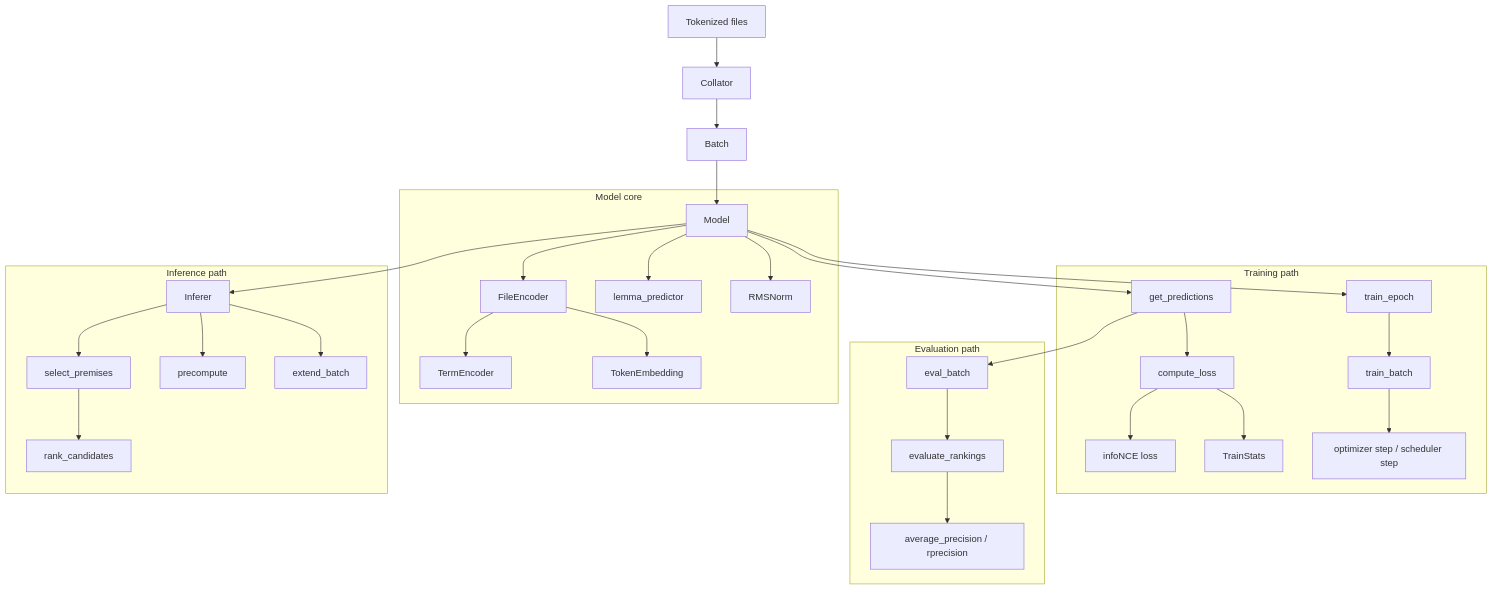
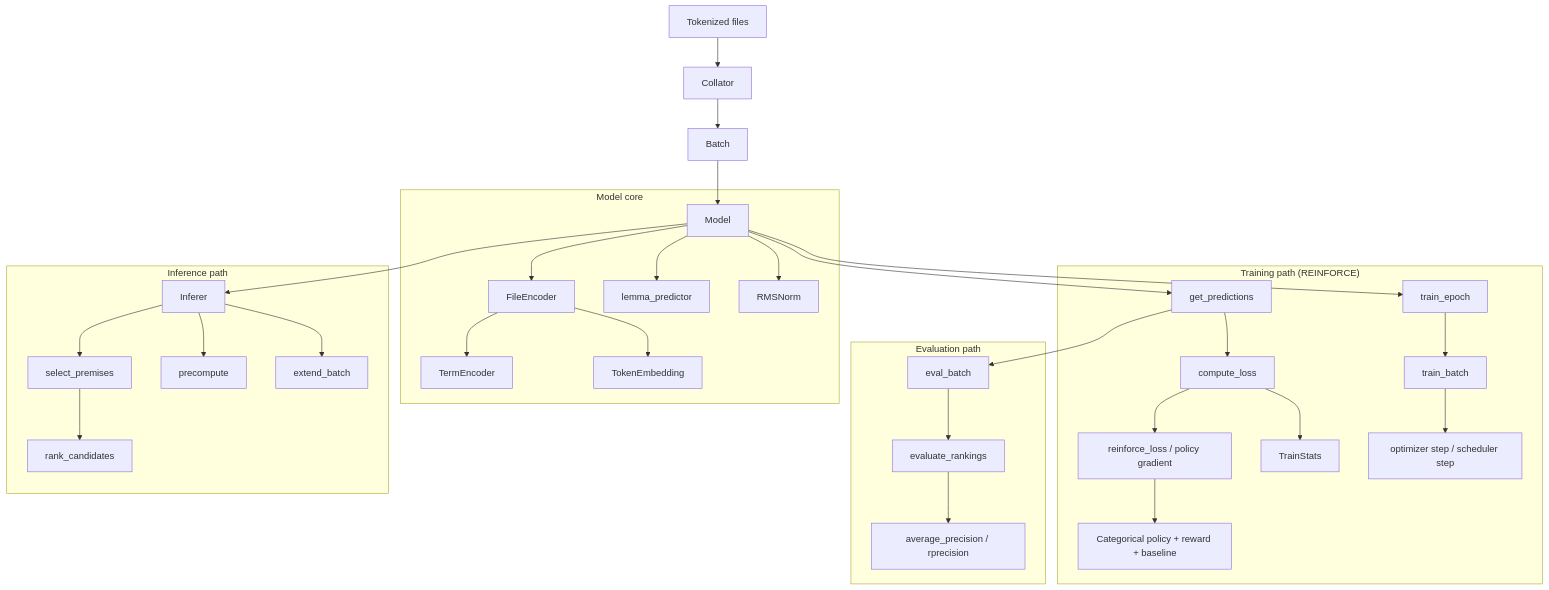
The diagram in structure.mermaid (laiyuan-cuhk/quill-reinforcement-learning), drawn with Mermaid before and after one commit. The commit also changed 7 other files, not shown here.

Commit message:
Rewrite premise selection to use REINFORCE policy gradient

```diff
--- a/structure.mermaid
+++ b/structure.mermaid
@@ -1,37 +1,38 @@
 flowchart TD
     A[Tokenized files] --> B[Collator]
     B --> C[Batch]
     C --> D[Model]
 
     subgraph ModelCore["Model core"]
         D --> E[FileEncoder]
         E --> F[TermEncoder]
         E --> G[TokenEmbedding]
         D --> H[lemma_predictor]
         D --> I[RMSNorm]
     end
 
     D --> J[get_predictions]
 
-    subgraph Training["Training path"]
+    subgraph Training["Training path (REINFORCE)"]
         J --> K[compute_loss]
-        K --> L[infoNCE loss]
+        K --> L[reinforce_loss / policy gradient]
+        L --> L2[Categorical policy + reward + baseline]
         K --> M[TrainStats]
         D --> N[train_epoch]
         N --> O[train_batch]
         O --> P[optimizer step / scheduler step]
     end
 
     subgraph Evaluation["Evaluation path"]
         J --> Q[eval_batch]
         Q --> R[evaluate_rankings]
         R --> S[average_precision / rprecision]
     end
 
     subgraph Inference["Inference path"]
         D --> T[Inferer]
         T --> U[select_premises]
         T --> V[precompute]
         T --> W[extend_batch]
         U --> X[rank_candidates]
     end
```
